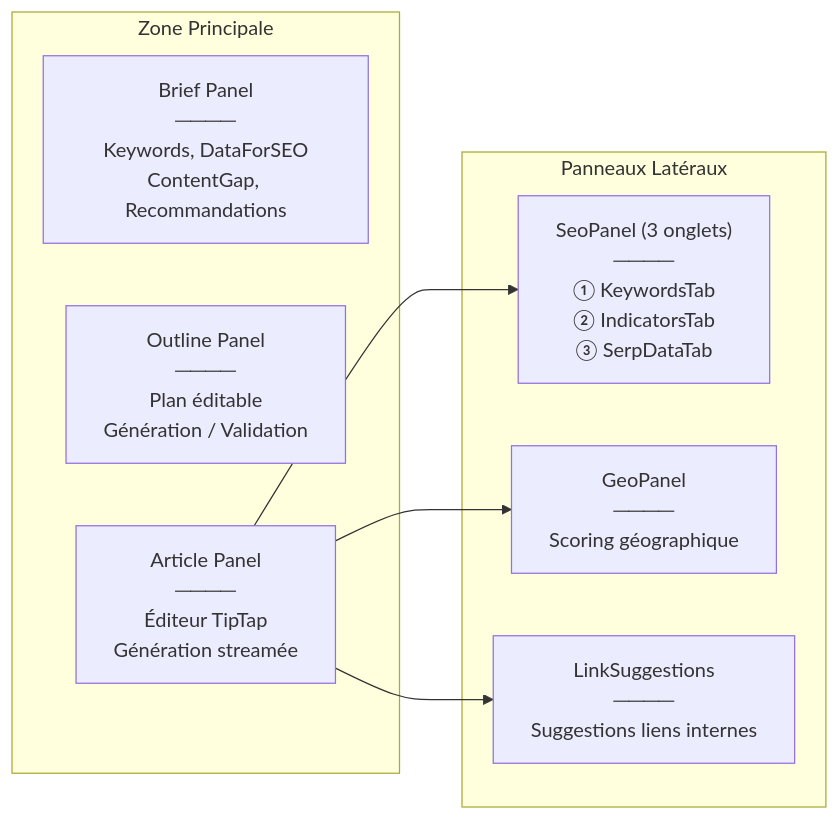
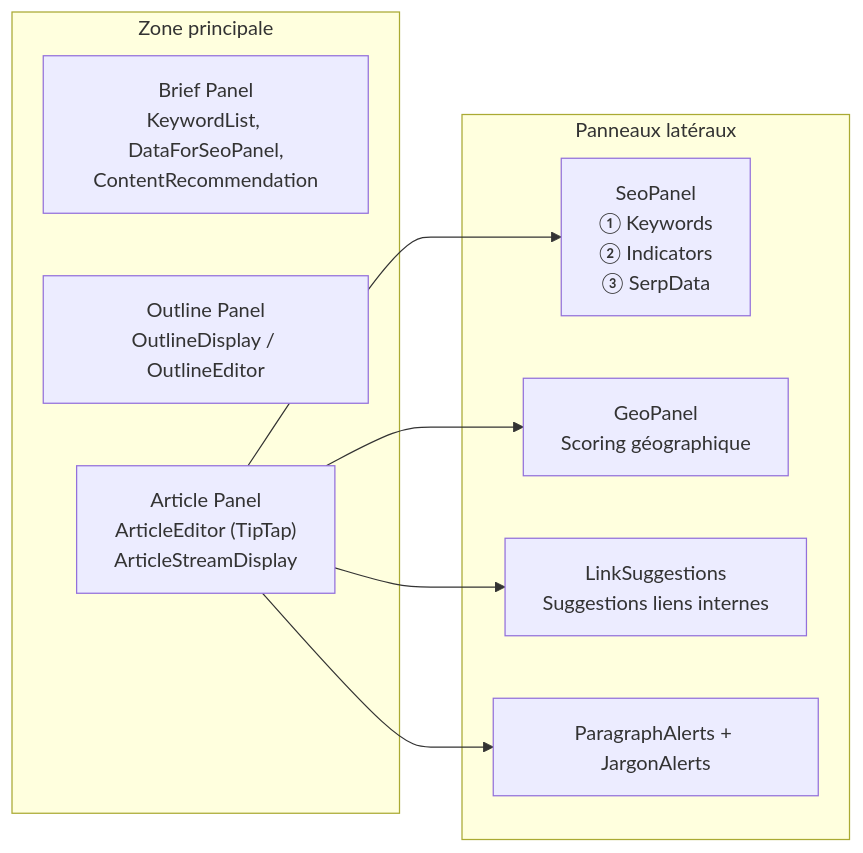
Diagram 14 of 24 in ARCHITECTURE_FLOWS.md (annubis-knight/Blog_Redactor_SEO), drawn with Mermaid before and after one commit. The commit also changed other lines of this file and 400 other files, not shown here.

````diff
--- a/ARCHITECTURE_FLOWS.md
+++ b/ARCHITECTURE_FLOWS.md
@@ -570,18 +649,20 @@
 ```mermaid
 graph LR
-    subgraph MainContent["Zone Principale"]
-        BRIEF_PANEL["Brief Panel<br>────<br>Keywords, DataForSEO<br>ContentGap, Recommandations"]
-        OUTLINE_PANEL["Outline Panel<br>────<br>Plan éditable<br>Génération / Validation"]
-        ARTICLE_PANEL["Article Panel<br>────<br>Éditeur TipTap<br>Génération streamée"]
+    subgraph MainContent["Zone principale"]
+        BRIEF_PANEL["Brief Panel<br>KeywordList, DataForSeoPanel,<br>ContentRecommendation"]
+        OUTLINE_PANEL["Outline Panel<br>OutlineDisplay / OutlineEditor"]
+        ARTICLE_PANEL["Article Panel<br>ArticleEditor (TipTap)<br>ArticleStreamDisplay"]
     end
 
-    subgraph SidePanels["Panneaux Latéraux"]
-        SEO_PANEL["SeoPanel (3 onglets)<br>────<br>① KeywordsTab<br>② IndicatorsTab<br>③ SerpDataTab"]
-        GEO_PANEL["GeoPanel<br>────<br>Scoring géographique"]
-        LINK_PANEL["LinkSuggestions<br>────<br>Suggestions liens internes"]
+    subgraph SidePanels["Panneaux latéraux"]
+        SEO_PANEL["SeoPanel<br>① Keywords<br>② Indicators<br>③ SerpData"]
+        GEO_PANEL["GeoPanel<br>Scoring géographique"]
+        LINK_PANEL["LinkSuggestions<br>Suggestions liens internes"]
+        ALERTS["ParagraphAlerts + JargonAlerts"]
     end
 
     ARTICLE_PANEL --> SEO_PANEL
     ARTICLE_PANEL --> GEO_PANEL
     ARTICLE_PANEL --> LINK_PANEL
+    ARTICLE_PANEL --> ALERTS
 ```
````
